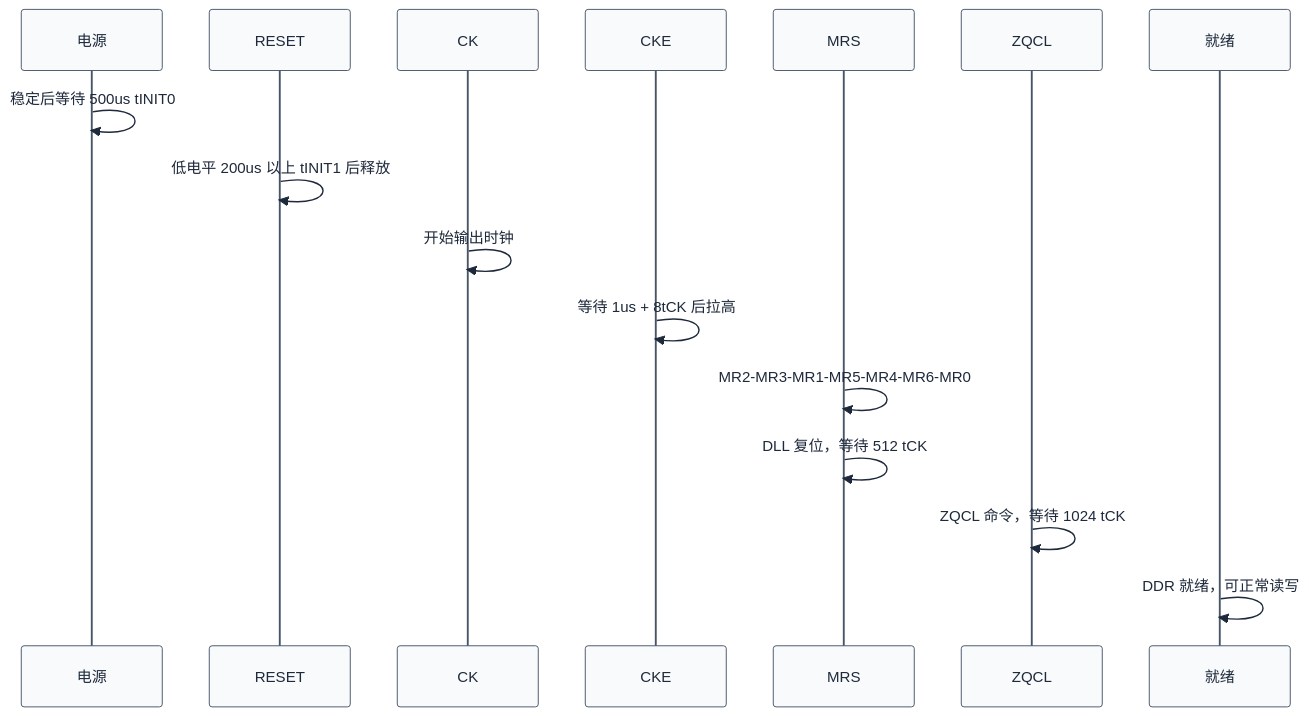
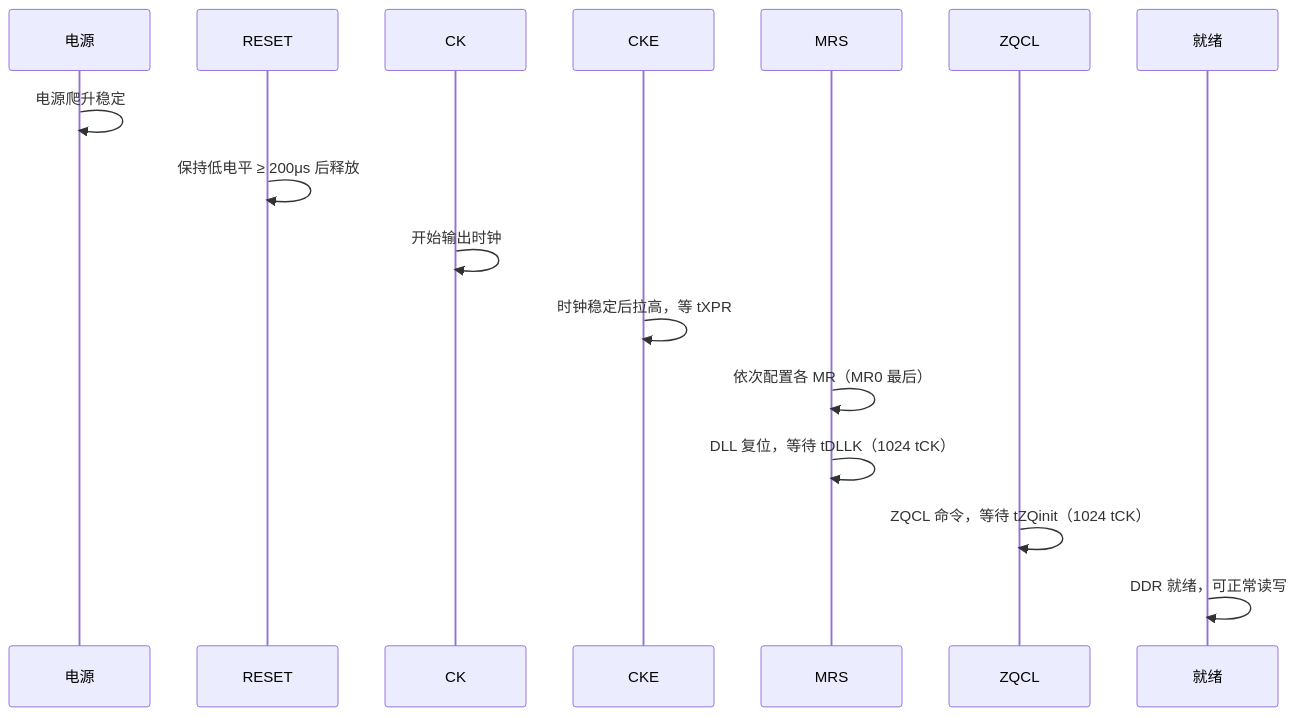
The first of 4 diagrams in ddr/08-DDR附录与参考资料.md (swjtuer326/cs-learning-notes), drawn with Mermaid before and after one commit. The commit also changed other lines of this file and 281 other files, not shown here.

````diff
--- a/ddr/08-DDR附录与参考资料.md
+++ b/ddr/08-DDR附录与参考资料.md
@@ -63,20 +66,19 @@
 ```mermaid
-%%{init: {"theme": "base", "themeVariables": {"primaryColor": "#f8fafc", "primaryTextColor": "#1e293b", "primaryBorderColor": "#475569", "lineColor": "#64748b", "secondaryColor": "#f1f5f9", "secondaryBorderColor": "#94a3b8", "tertiaryColor": "#f8fafc", "fontFamily": "\"trebuchet ms\", verdana, arial, sans-serif"}}}%%
 sequenceDiagram
     participant PWR as 电源
     participant RST as RESET
     participant CK as CK
     participant CKE as CKE
     participant MRS as MRS
     participant ZQ as ZQCL
     participant RDY as 就绪
 
-    PWR->>PWR: 稳定后等待 500us tINIT0
-    RST->>RST: 低电平 200us 以上 tINIT1 后释放
+    PWR->>PWR: 电源爬升稳定
+    RST->>RST: 保持低电平 ≥ 200μs 后释放
     CK->>CK: 开始输出时钟
-    CKE->>CKE: 等待 1us + 8tCK 后拉高
-    MRS->>MRS: MR2-MR3-MR1-MR5-MR4-MR6-MR0
-    MRS->>MRS: DLL 复位，等待 512 tCK
-    ZQ->>ZQ: ZQCL 命令，等待 1024 tCK
+    CKE->>CKE: 时钟稳定后拉高，等 tXPR
+    MRS->>MRS: 依次配置各 MR（MR0 最后）
+    MRS->>MRS: DLL 复位，等待 tDLLK（1024 tCK）
+    ZQ->>ZQ: ZQCL 命令，等待 tZQinit（1024 tCK）
     RDY->>RDY: DDR 就绪，可正常读写
 ```
````
